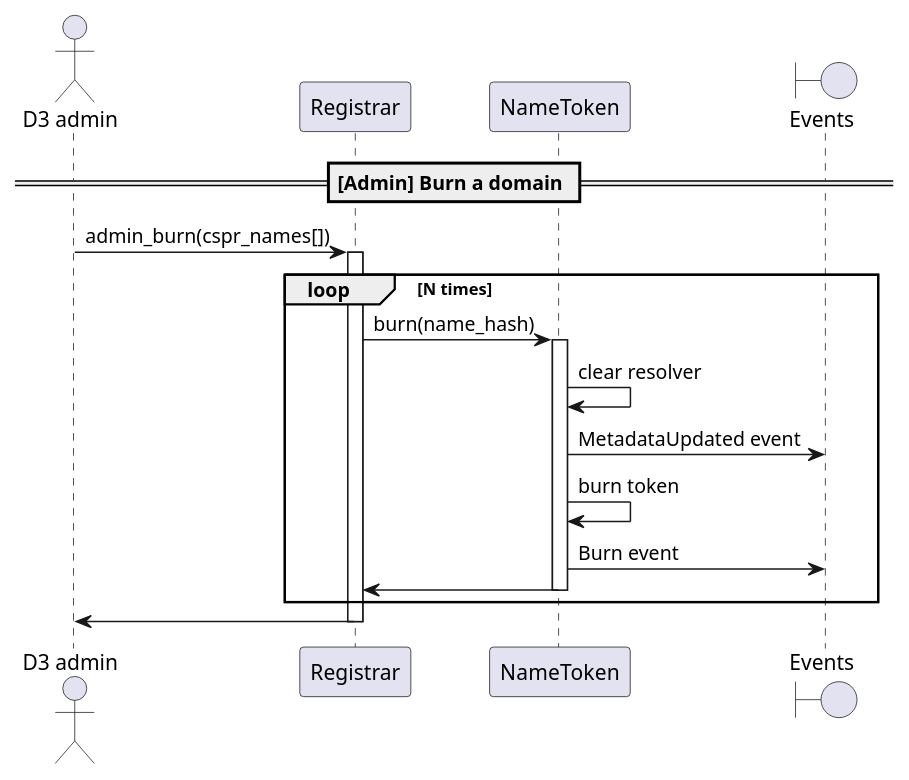
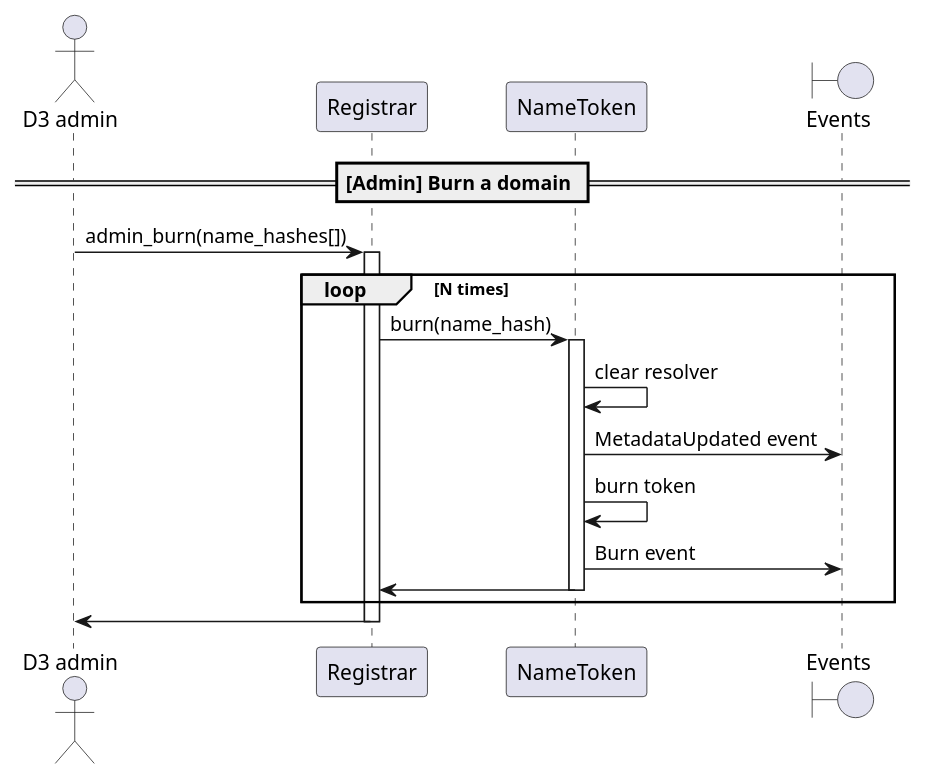
The diagram in docs/sequence-diagrams/puml/burn-domain.puml (make-software/cspr-name-contracts), drawn with PlantUML before and after one commit. The commit also changed 2 other files, not shown here.

Commit message:
expire(), admin_transfer(), and admin_burn() registrar methods take name_hashes[] as input instead of cspr_names[].

```diff
--- a/docs/sequence-diagrams/puml/burn-domain.puml
+++ b/docs/sequence-diagrams/puml/burn-domain.puml
@@ -1,27 +1,27 @@
 @startuml
 'https://plantuml.com/sequence-diagram
 
 'autonumber
 actor "D3 admin"
 participant "Registrar"
 participant "NameToken"
 boundary "Events"
 
 == [Admin] Burn a domain ==
 
-"D3 admin" -> "Registrar": admin_burn(cspr_names[])
+"D3 admin" -> "Registrar": admin_burn(name_hashes[])
 activate Registrar
 loop N times
     Registrar -> NameToken: burn(name_hash)
     activate NameToken
     NameToken -> NameToken: clear resolver
     NameToken -> "Events": MetadataUpdated event
     NameToken -> NameToken: burn token
     NameToken -> "Events": Burn event
     NameToken -> Registrar
     deactivate NameToken
 end
 Registrar -> "D3 admin"
 deactivate Registrar
 
 @enduml
```
